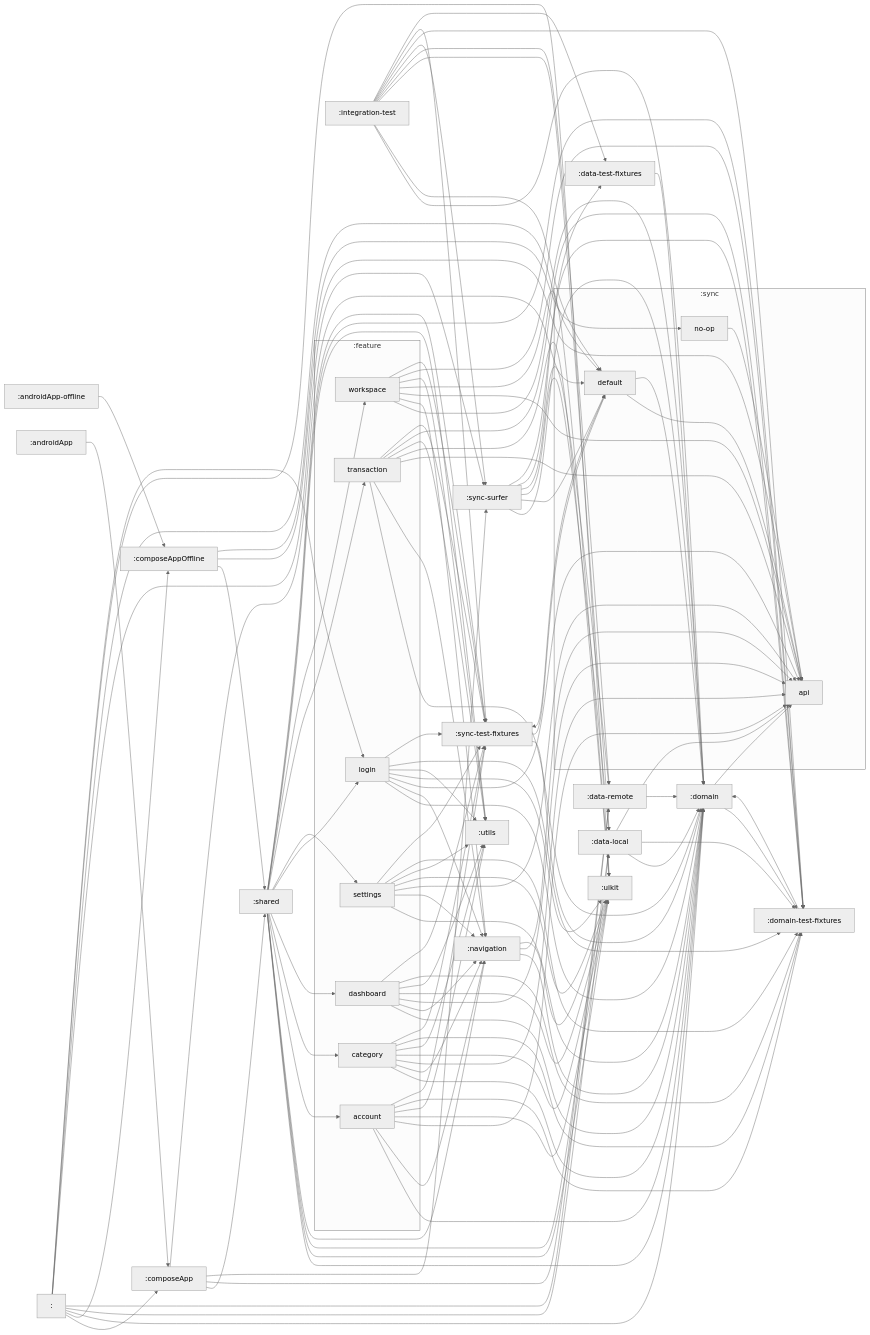
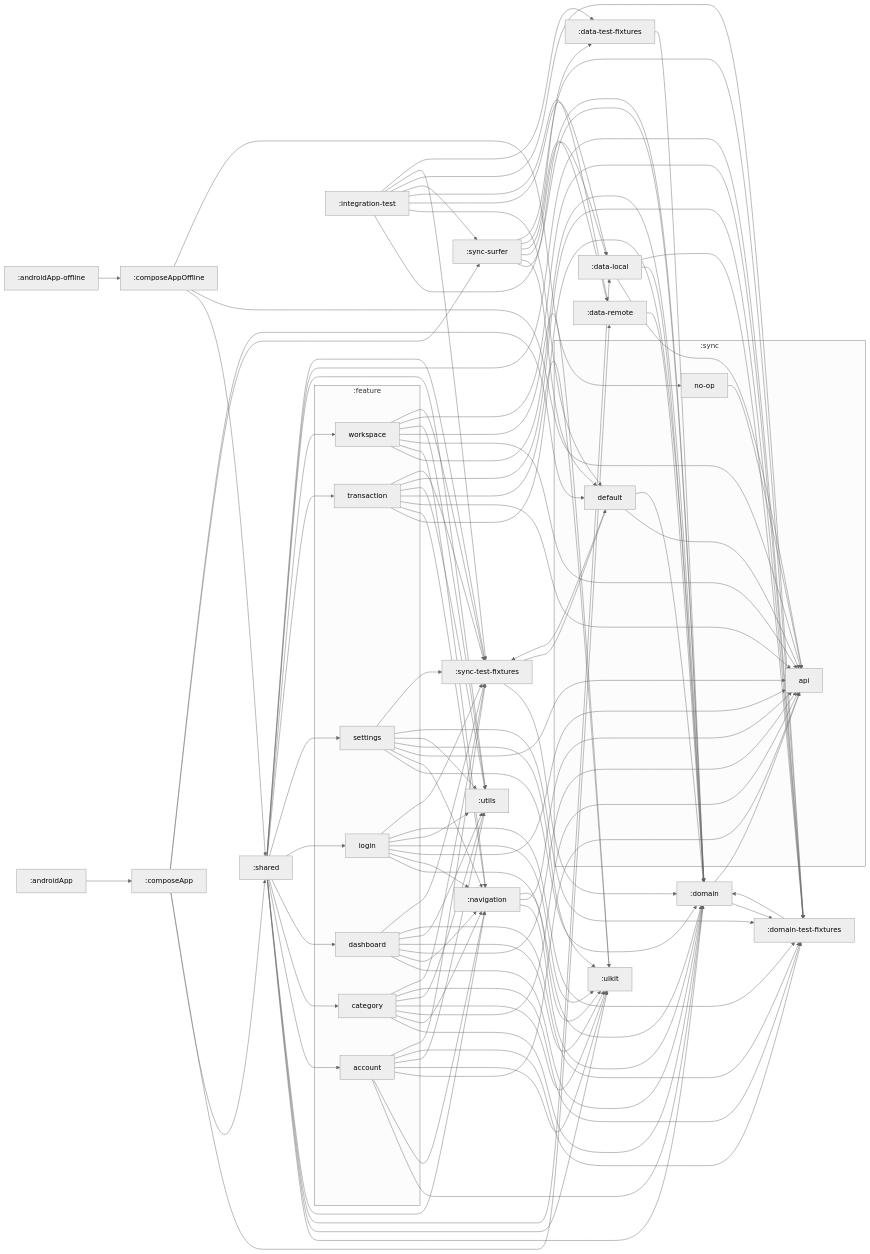
The diagram in docs/module-graph.md (georgeci/MoneySurfer), drawn with Mermaid before and after one commit. The commit also changed 1 other file, not shown here.

Commit message:
build: exclude kover configuration from module graph
The kover(...) aggregation in the root build was rendering as bare `:`
nodes pointing at every covered module, which Copilot flagged as noise.
Filter the kover configurations out so the graph shows only real module
dependencies.

```diff
--- a/docs/module-graph.md
+++ b/docs/module-graph.md
@@ -89,15 +89,6 @@
   :sync:default --> :sync:api
   :sync:default --> :domain
   :sync:default --> :sync-test-fixtures
-  : --> :composeApp
-  : --> :composeAppOffline
-  : --> :domain
-  : --> :data-local
-  : --> :data-remote
-  : --> :sync-surfer
-  : --> :sync:default
-  : --> :uikit
-  : --> :feature:login
   :sync:no-op --> :sync:api
   :data-remote --> :domain
   :feature:login --> :domain
```
